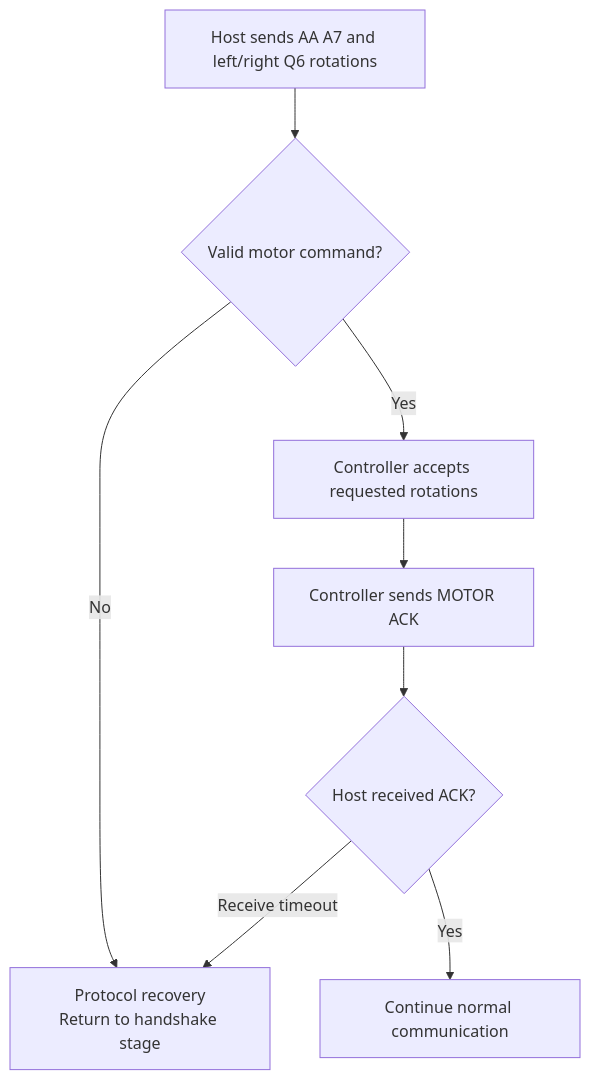
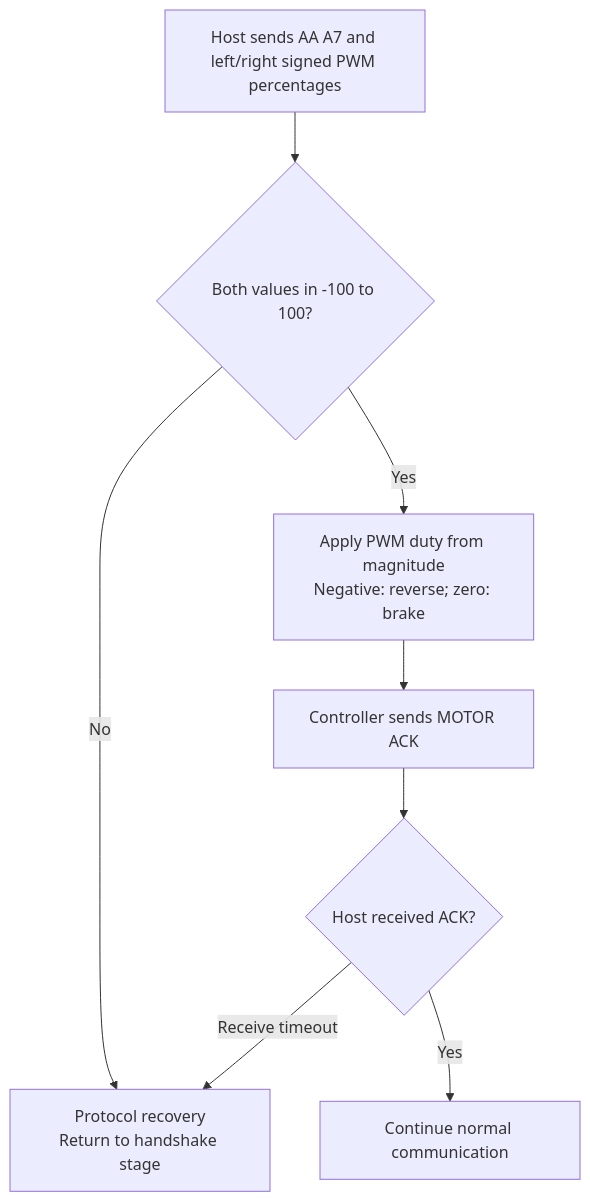
One commit to kei185/sensor-echo changed the second of 6 diagrams in docs/protocol.md. Above: the diagram before and after it, drawn with Mermaid. The commit also changed other lines of this file and 20 other files, not shown here.

````diff
--- a/docs/protocol.md
+++ b/docs/protocol.md
@@ -80,10 +119,10 @@
 ```mermaid
 flowchart TD
-    command["Host sends AA A7 and left/right Q6 rotations"] --> validate{"Valid motor command?"}
+    command["Host sends AA A7 and left/right signed PWM percentages"] --> validate{"Both values in -100 to 100?"}
     validate -- No --> recover["Protocol recovery<br/>Return to handshake stage"]
-    validate -- Yes --> accept["Controller accepts requested rotations"]
+    validate -- Yes --> accept["Apply PWM duty from magnitude<br/>Negative: reverse; zero: brake"]
     accept --> ack["Controller sends MOTOR ACK"]
     ack --> host{"Host received ACK?"}
     host -- Yes --> active["Continue normal communication"]
     host -- Receive timeout --> recover
 ```
````
